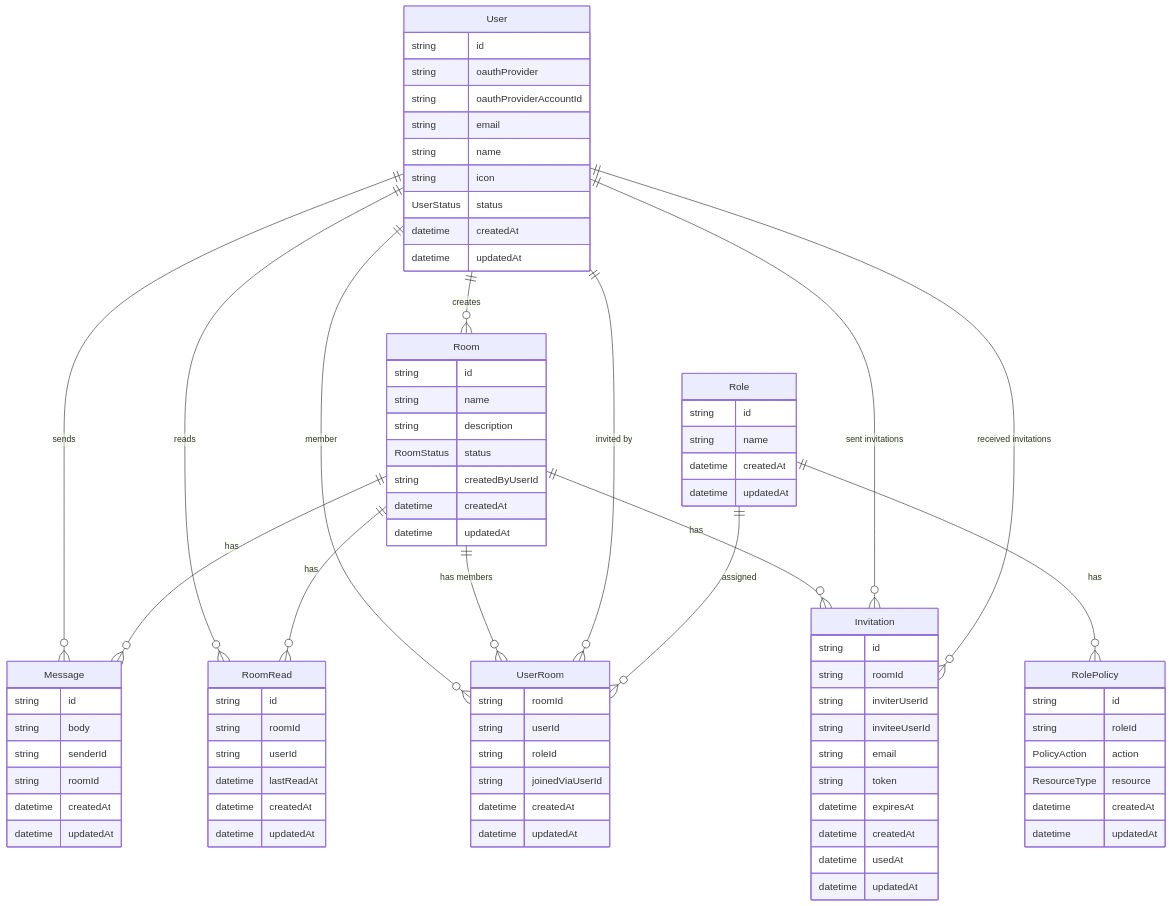
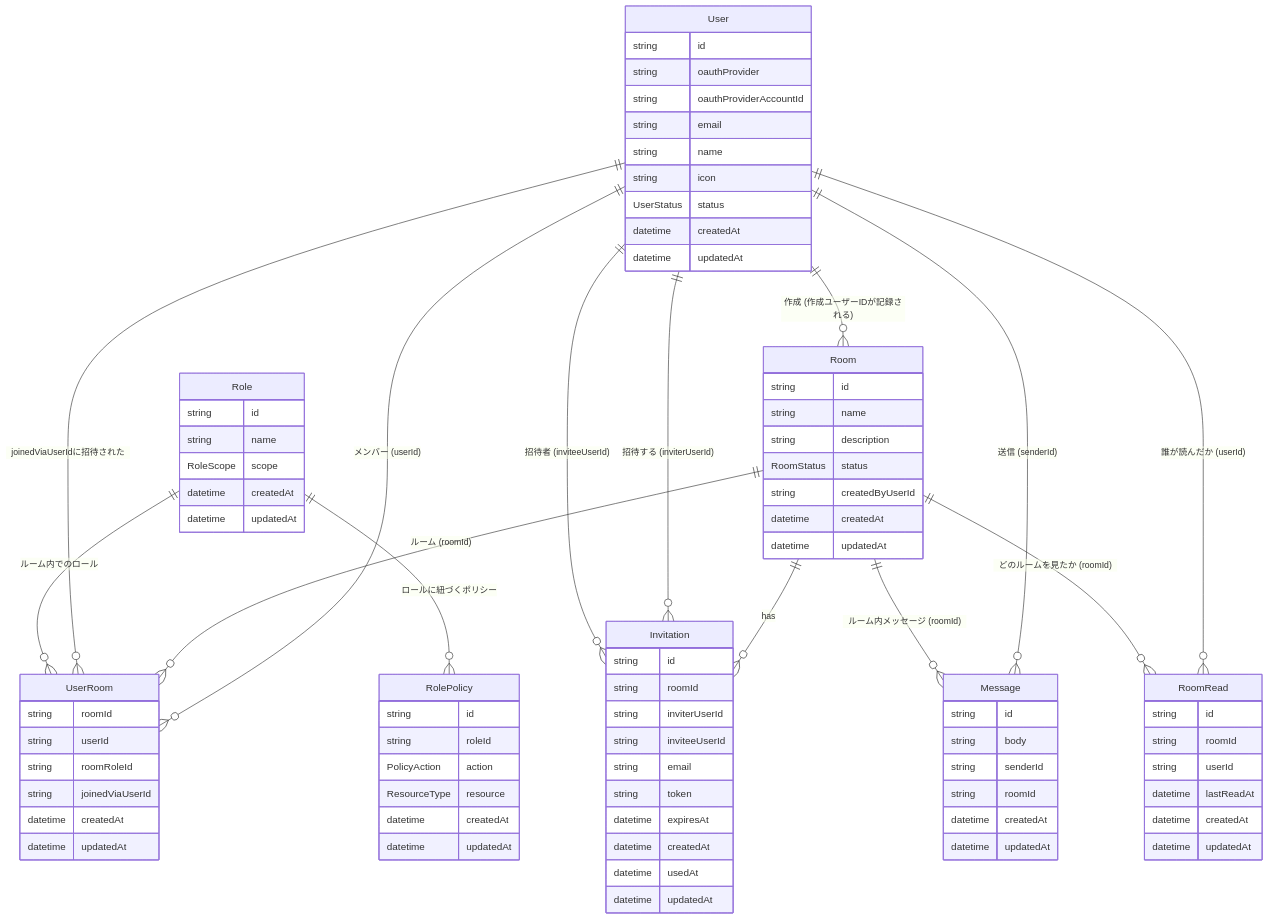
The first of 4 diagrams in README.md (onodera1215/nextjs15-chat), drawn with Mermaid before and after one commit.

Commit message:
ERDを更新

````diff
--- a/README.md
+++ b/README.md
@@ -7,113 +7,116 @@
 ```mermaid
 erDiagram
 
-    User {
-        string id
-        string oauthProvider
-        string oauthProviderAccountId
-        string email
-        string name
-        string icon
-        UserStatus status
-        datetime createdAt
-        datetime updatedAt
-    }
+  User {
+    string   id
+    string   oauthProvider
+    string   oauthProviderAccountId
+    string   email
+    string   name
+    string   icon
+    UserStatus status
+    datetime createdAt
+    datetime updatedAt
+  }
 
-    Room {
-        string id
-        string name
-        string description
-        RoomStatus status
-        string createdByUserId
-        datetime createdAt
-        datetime updatedAt
-    }
+  Room {
+    string   id
+    string   name
+    string   description
+    RoomStatus status
+    string   createdByUserId
+    datetime createdAt
+    datetime updatedAt
+  }
 
-    UserRoom {
-        string roomId
-        string userId
-        string roleId
-        string joinedViaUserId
-        datetime createdAt
-        datetime updatedAt
-    }
+  UserRoom {
+    string   roomId
+    string   userId
+    string   roomRoleId
+    string   joinedViaUserId
+    datetime createdAt
+    datetime updatedAt
+  }
 
-    Invitation {
-        string id
-        string roomId
-        string inviterUserId
-        string inviteeUserId
-        string email
-        string token
-        datetime expiresAt
-        datetime createdAt
-        datetime usedAt
-        datetime updatedAt
-    }
+  Invitation {
+    string   id
+    string   roomId
+    string   inviterUserId
+    string   inviteeUserId
+    string   email
+    string   token
+    datetime expiresAt
+    datetime createdAt
+    datetime usedAt
+    datetime updatedAt
+  }
 
-    Message {
-        string id
-        string body
-        string senderId
-        string roomId
-        datetime createdAt
-        datetime updatedAt
-    }
+  Role {
+    string   id
+    string   name
+    RoleScope scope
+    datetime createdAt
+    datetime updatedAt
+  }
 
-    RoomRead {
-        string id
-        string roomId
-        string userId
-        datetime lastReadAt
-        datetime createdAt
-        datetime updatedAt
-    }
+  RolePolicy {
+    string      id
+    string      roleId
+    PolicyAction action
+    ResourceType resource
+    datetime    createdAt
+    datetime    updatedAt
+  }
 
-    Role {
-        string id
-        string name
-        datetime createdAt
-        datetime updatedAt
-    }
+  Message {
+    string   id
+    string   body
+    string   senderId
+    string   roomId
+    datetime createdAt
+    datetime updatedAt
+  }
 
-    RolePolicy {
-        string id
-        string roleId
-        PolicyAction action
-        ResourceType resource
-        datetime createdAt
-        datetime updatedAt
-    }
+  RoomRead {
+    string   id
+    string   roomId
+    string   userId
+    datetime lastReadAt
+    datetime createdAt
+    datetime updatedAt
+  }
 
+  %% ==========================
+  %% Relations
+  %% ==========================
 
-    %% ========================
-    %% Relations
-    %% ========================
+  %% ルーム作成
+  User ||--o{ Room : "作成 (作成ユーザーIDが記録される)"
 
-    %% User ↔ Room
-    User ||--o{ Room : "creates"
+  %% ルーム参加済みユーザー
+  User ||--o{ UserRoom : "メンバー (userId)"
+  Room ||--o{ UserRoom : "ルーム (roomId)"
 
-    %% User ↔ Message
-    User ||--o{ Message : "sends"
-    Room ||--o{ Message : "has"
+  %% 誰に招待されたか
+  User ||--o{ UserRoom : "joinedViaUserIdに招待された"
 
-    %% User ↔ RoomRead
-    User ||--o{ RoomRead : "reads"
-    Room ||--o{ RoomRead : "has"
+  %% ユーザーのルーム内ロール
+  Role ||--o{ UserRoom : "ルーム内でのロール"
 
-    %% User ↔ UserRoom (member)
-    User ||--o{ UserRoom : "member"
-    Room ||--o{ UserRoom : "has members"
+  %% Role policies
+  Role ||--o{ RolePolicy : "ロールに紐づくポリシー"
 
-    %% UserRoom joined via invitation
-    User ||--o{ UserRoom : "invited by"
+  %% 招待情報
+  Room ||--o{ Invitation : "has"
+  User ||--o{ Invitation : "招待する (inviterUserId)"
+  User ||--o{ Invitation : "招待者 (inviteeUserId)"
 
-    %% Role
-    Role ||--o{ UserRoom : "assigned"
-    Role ||--o{ RolePolicy : "has"
+  %% メッセージ
+  User ||--o{ Message : "送信 (senderId)"
+  Room ||--o{ Message : "ルーム内メッセージ (roomId)"
 
-    %% Invitation
-    Room ||--o{ Invitation : "has"
-    User ||--o{ Invitation : "sent invitations"
-    User ||--o{ Invitation : "received invitations"
+  %% 既読管理
+  User ||--o{ RoomRead : "誰が読んだか (userId)"
+  Room ||--o{ RoomRead : "どのルームを見たか (roomId)"
+
 ```
````
